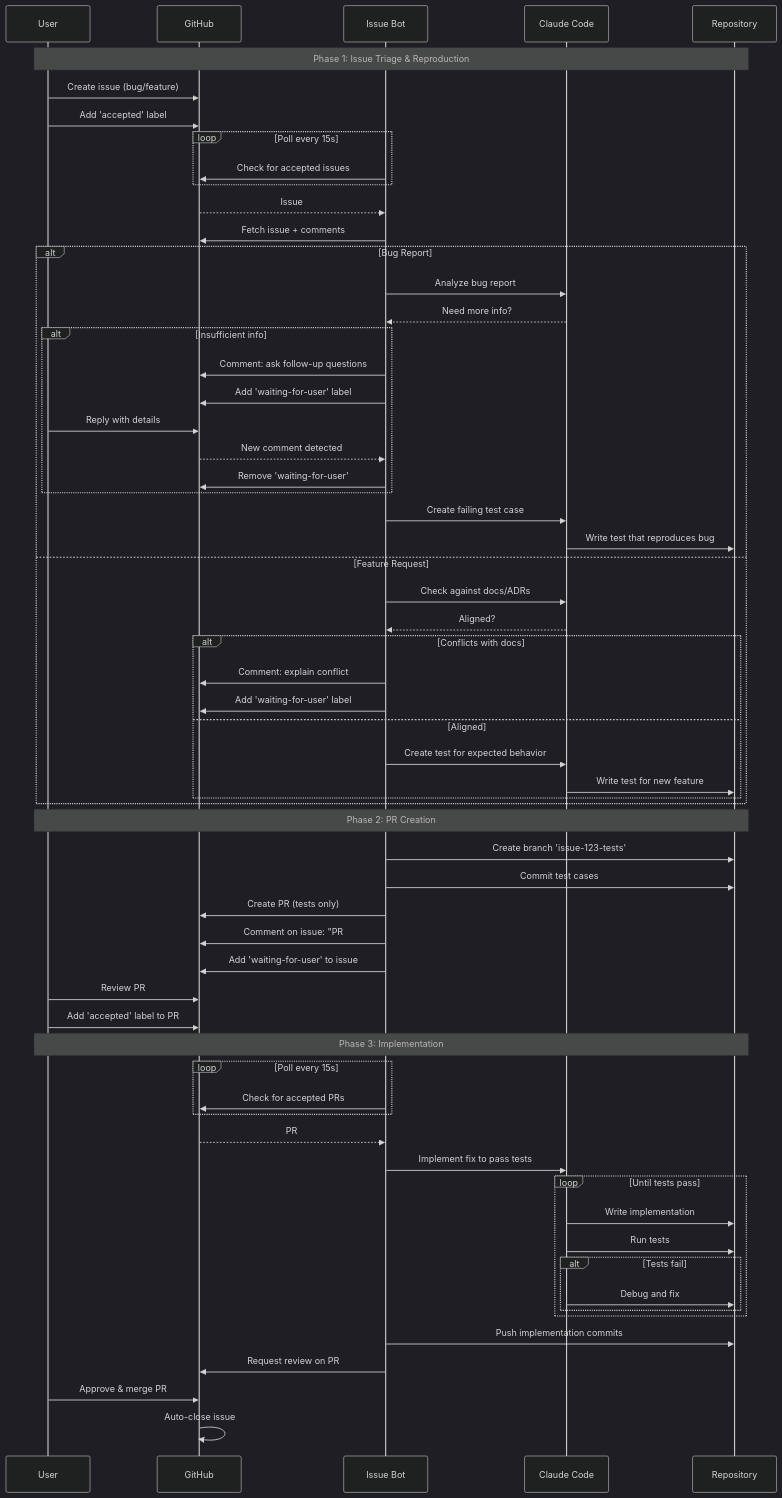
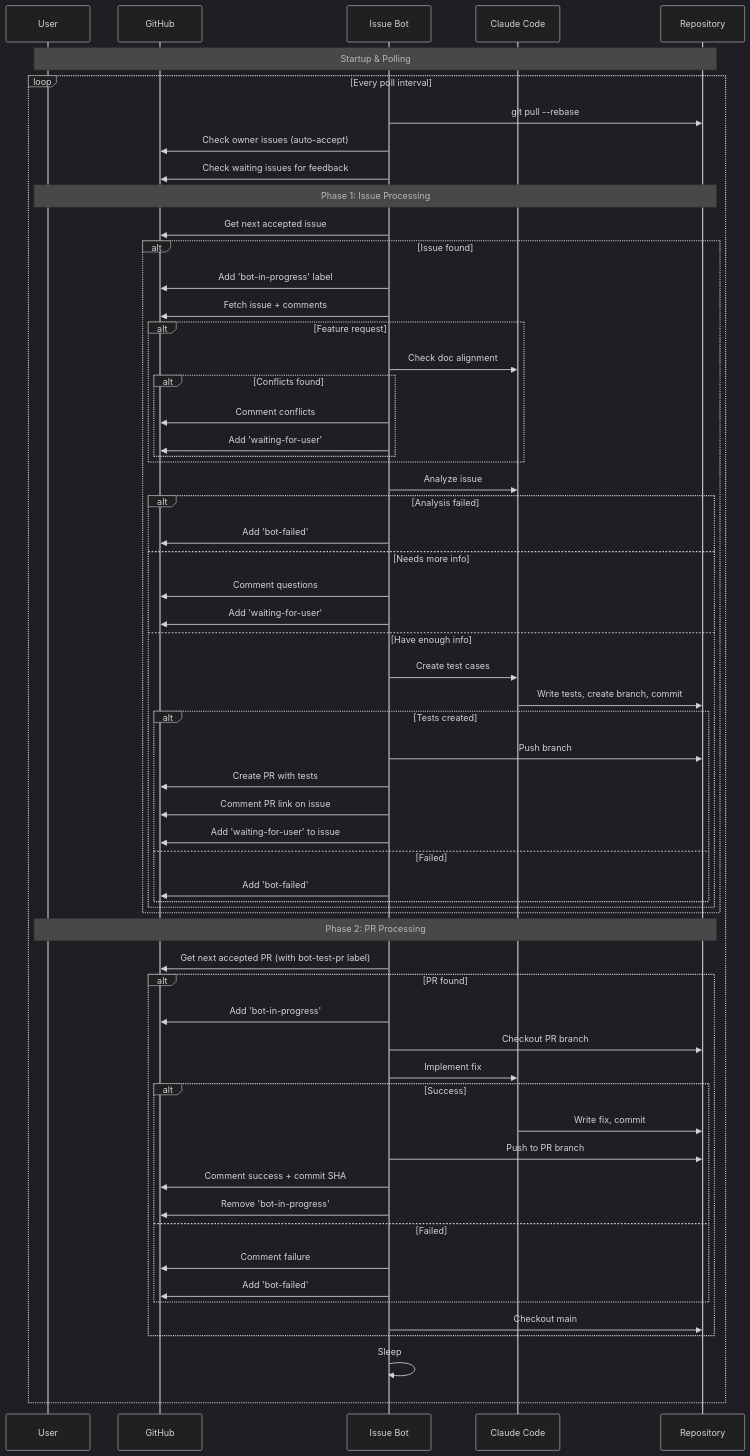
Before and after one commit to andersfylling/rayman-slides: the second of 3 diagrams in docs/issue-bot-workflow.md, drawn with Mermaid (dark theme). The commit also changed other lines of this file, not shown here.

First line of the commit message:
Fix workflow diagrams to match actual implementation

````diff
--- a/docs/issue-bot-workflow.md
+++ b/docs/issue-bot-workflow.md
@@ -66,82 +88,78 @@
 ```mermaid
 sequenceDiagram
     participant U as User
     participant GH as GitHub
     participant Bot as Issue Bot
     participant Claude as Claude Code
     participant Repo as Repository
 
-    Note over U,Repo: Phase 1: Issue Triage & Reproduction
+    Note over U,Repo: Startup & Polling
 
-    U->>GH: Create issue (bug/feature)
-    U->>GH: Add 'accepted' label
+    loop Every poll interval
+        Bot->>Repo: git pull --rebase
+        Bot->>GH: Check owner issues (auto-accept)
+        Bot->>GH: Check waiting issues for feedback
 
-    loop Poll every 15s
-        Bot->>GH: Check for accepted issues
-    end
+        Note over U,Repo: Phase 1: Issue Processing
 
-    GH-->>Bot: Issue #123 (accepted)
-    Bot->>GH: Fetch issue + comments
+        Bot->>GH: Get next accepted issue
 
-    alt Bug Report
-        Bot->>Claude: Analyze bug report
-        Claude-->>Bot: Need more info?
+        alt Issue found
+            Bot->>GH: Add 'bot-in-progress' label
+            Bot->>GH: Fetch issue + comments
 
-        alt Insufficient info
-            Bot->>GH: Comment: ask follow-up questions
-            Bot->>GH: Add 'waiting-for-user' label
-            U->>GH: Reply with details
-            GH-->>Bot: New comment detected
-            Bot->>GH: Remove 'waiting-for-user'
+            alt Feature request
+                Bot->>Claude: Check doc alignment
+                alt Conflicts found
+                    Bot->>GH: Comment conflicts
+                    Bot->>GH: Add 'waiting-for-user'
+                end
+            end
+
+            Bot->>Claude: Analyze issue
+
+            alt Analysis failed
+                Bot->>GH: Add 'bot-failed'
+            else Needs more info
+                Bot->>GH: Comment questions
+                Bot->>GH: Add 'waiting-for-user'
+            else Have enough info
+                Bot->>Claude: Create test cases
+                Claude->>Repo: Write tests, create branch, commit
+
+                alt Tests created
+                    Bot->>Repo: Push branch
+                    Bot->>GH: Create PR with tests
+                    Bot->>GH: Comment PR link on issue
+                    Bot->>GH: Add 'waiting-for-user' to issue
+                else Failed
+                    Bot->>GH: Add 'bot-failed'
+                end
+            end
         end
 
-        Bot->>Claude: Create failing test case
-        Claude->>Repo: Write test that reproduces bug
+        Note over U,Repo: Phase 2: PR Processing
 
-    else Feature Request
-        Bot->>Claude: Check against docs/ADRs
-        Claude-->>Bot: Aligned?
+        Bot->>GH: Get next accepted PR (with bot-test-pr label)
 
-        alt Conflicts with docs
-            Bot->>GH: Comment: explain conflict
-            Bot->>GH: Add 'waiting-for-user' label
-        else Aligned
-            Bot->>Claude: Create test for expected behavior
-            Claude->>Repo: Write test for new feature
+        alt PR found
+            Bot->>GH: Add 'bot-in-progress'
+            Bot->>Repo: Checkout PR branch
+            Bot->>Claude: Implement fix
+
+            alt Success
+                Claude->>Repo: Write fix, commit
+                Bot->>Repo: Push to PR branch
+                Bot->>GH: Comment success + commit SHA
+                Bot->>GH: Remove 'bot-in-progress'
+            else Failed
+                Bot->>GH: Comment failure
+                Bot->>GH: Add 'bot-failed'
+            end
+
+            Bot->>Repo: Checkout main
         end
+
+        Bot->>Bot: Sleep
     end
-
-    Note over U,Repo: Phase 2: PR Creation
-
-    Bot->>Repo: Create branch 'issue-123-tests'
-    Bot->>Repo: Commit test cases
-    Bot->>GH: Create PR (tests only)
-    Bot->>GH: Comment on issue: "PR #456 created"
-    Bot->>GH: Add 'waiting-for-user' to issue
-
-    U->>GH: Review PR
-    U->>GH: Add 'accepted' label to PR
-
-    Note over U,Repo: Phase 3: Implementation
-
-    loop Poll every 15s
-        Bot->>GH: Check for accepted PRs
-    end
-
-    GH-->>Bot: PR #456 (accepted)
-    Bot->>Claude: Implement fix to pass tests
-
-    loop Until tests pass
-        Claude->>Repo: Write implementation
-        Claude->>Repo: Run tests
-        alt Tests fail
-            Claude->>Repo: Debug and fix
-        end
-    end
-
-    Bot->>Repo: Push implementation commits
-    Bot->>GH: Request review on PR
-
-    U->>GH: Approve & merge PR
-    GH->>GH: Auto-close issue #123
 ```
````
